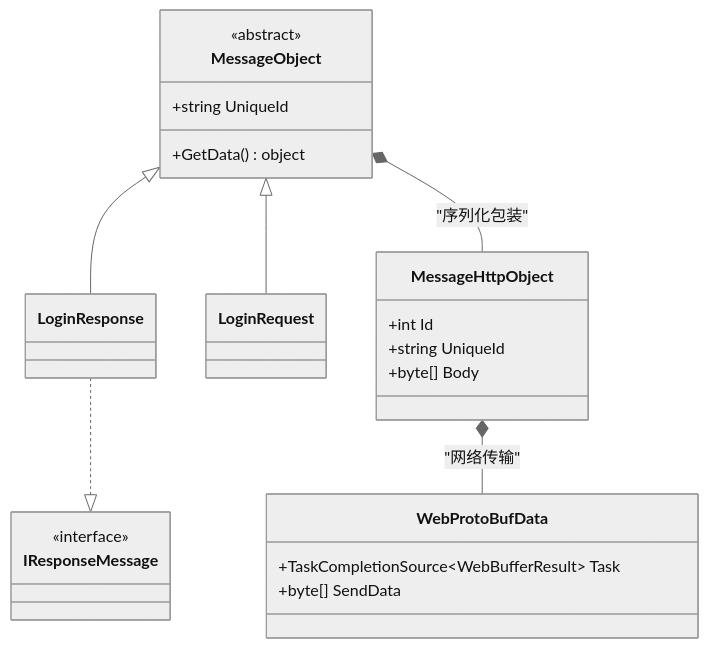
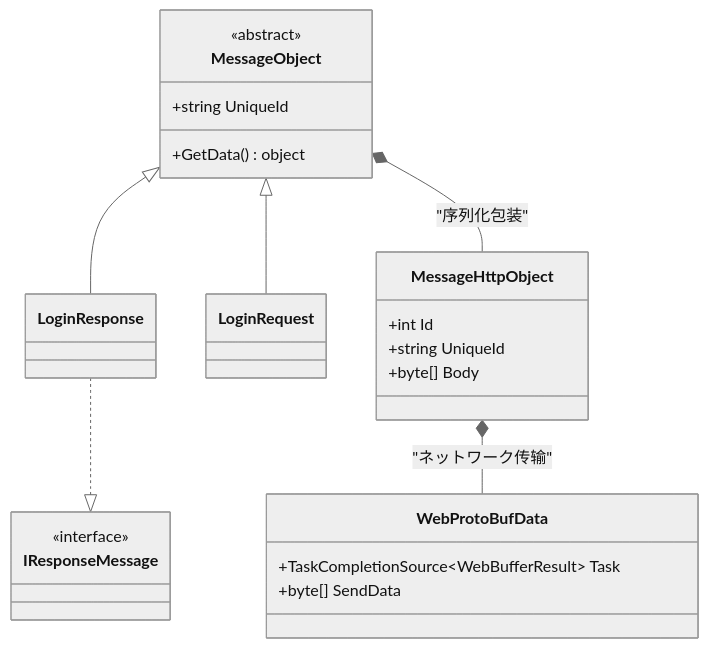
Before and after one commit to AlianBlank/GameFrameX.Docs: the first of 2 diagrams in docs/ja/client/unity/component/web-protobuff/10.message-definition.md, drawn with Mermaid (neutral theme). The commit also changed other lines of this file and 320 other files, not shown here.

````diff
--- a/docs/ja/client/unity/component/web-protobuff/10.message-definition.md
+++ b/docs/ja/client/unity/component/web-protobuff/10.message-definition.md
@@ -17,30 +17,30 @@
 ```mermaid
 classDiagram
     class MessageObject {
         <<abstract>>
         +string UniqueId
         +GetData() object
     }
     
     class IResponseMessage {
         <<interface>>
     }
     
     class MessageHttpObject {
         +int Id
         +string UniqueId
         +byte[] Body
     }
     
     class WebProtoBufData {
         +TaskCompletionSource~WebBufferResult~ Task
         +byte[] SendData
     }
     
     MessageObject <|-- LoginRequest
     MessageObject <|-- LoginResponse
     LoginResponse ..|> IResponseMessage
     
     MessageObject *-- MessageHttpObject : "序列化包装"
-    MessageHttpObject *-- WebProtoBufData : "网络传输"
+    MessageHttpObject *-- WebProtoBufData : "ネットワーク传输"
 ```
````
